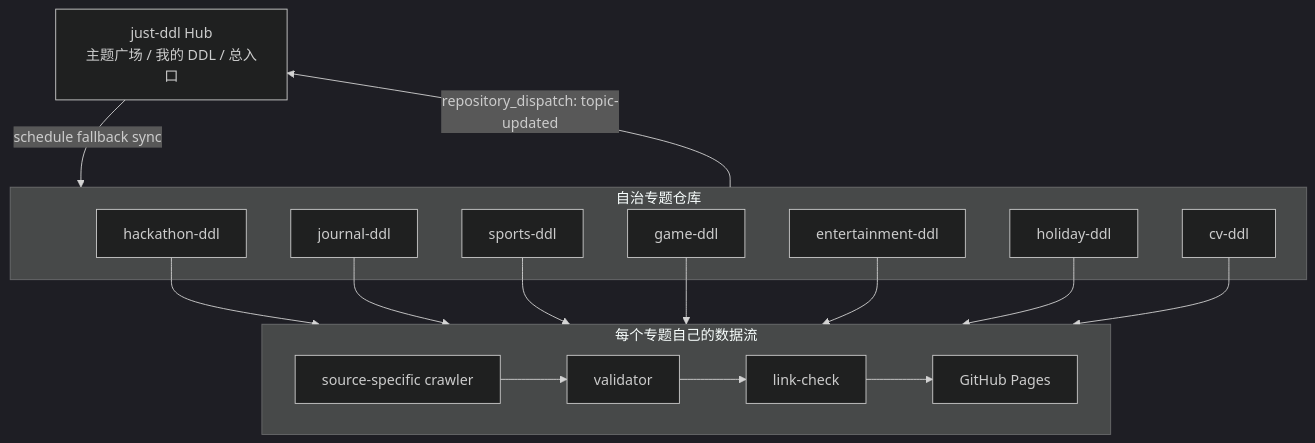
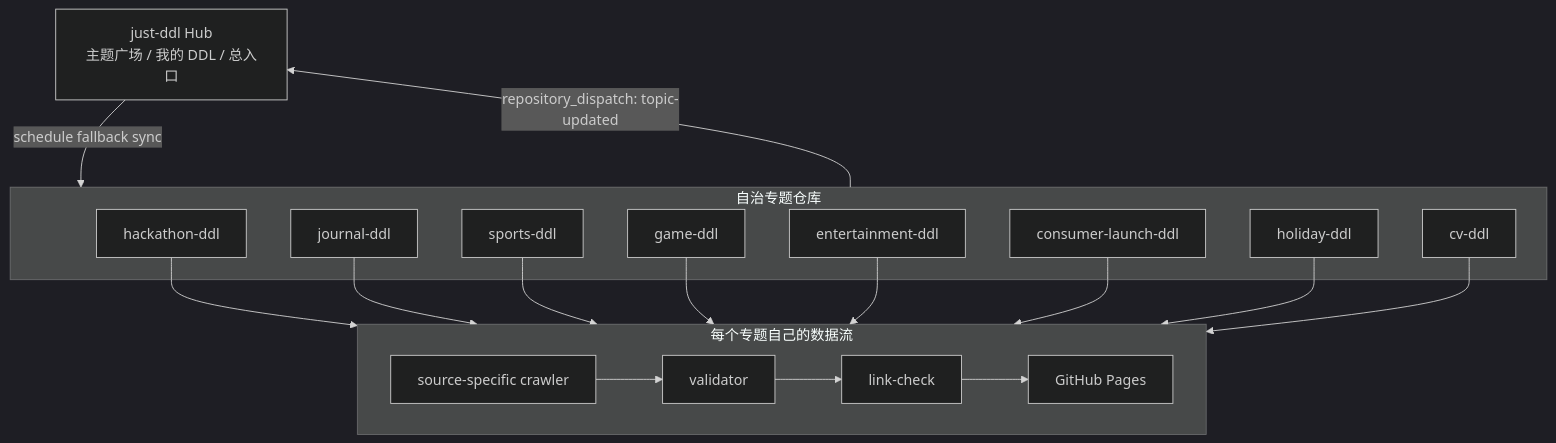
One commit to Just-Agent/just-ddl changed the first of 2 diagrams in README.md. Above: the diagram before and after it, drawn with Mermaid (dark theme). The commit also changed other lines of this file and 5 other files, not shown here.

Commit message:
feat: register consumer launch topic family

````diff
--- a/README.md
+++ b/README.md
@@ -74,33 +76,35 @@
 ```mermaid
 flowchart TB
   Hub["just-ddl Hub<br/>主题广场 / 我的 DDL / 总入口"]
 
   subgraph Topics["自治专题仓库"]
     Hackathon["hackathon-ddl"]
     Journal["journal-ddl"]
     Sports["sports-ddl"]
     Game["game-ddl"]
     Entertainment["entertainment-ddl"]
+    Consumer["consumer-launch-ddl"]
     Holiday["holiday-ddl"]
     CV["cv-ddl"]
   end
 
   subgraph Pipeline["每个专题自己的数据流"]
     Crawler["source-specific crawler"]
     Validator["validator"]
     LinkCheck["link-check"]
     Pages["GitHub Pages"]
   end
 
   Crawler --> Validator --> LinkCheck --> Pages
   Hackathon --> Pipeline
   Journal --> Pipeline
   Sports --> Pipeline
   Game --> Pipeline
   Entertainment --> Pipeline
+  Consumer --> Pipeline
   Holiday --> Pipeline
   CV --> Pipeline
 
   Topics -- "repository_dispatch: topic-updated" --> Hub
   Hub -- "schedule fallback sync" --> Topics
 ```
````
